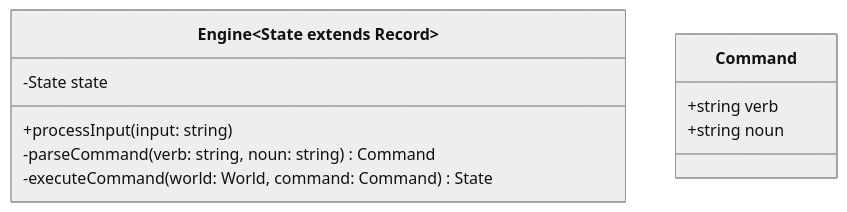
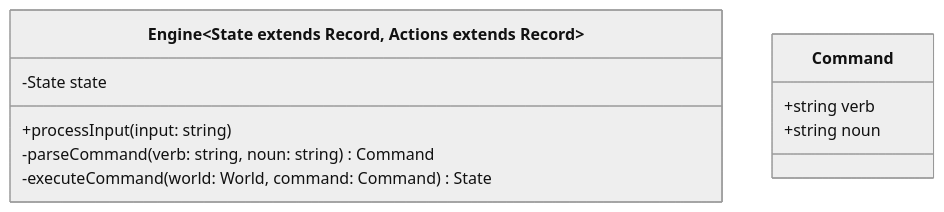
Before and after one commit to flipactual/text-adventure-experiment: the diagram in README.md, drawn with Mermaid (neutral theme).

````diff
--- a/README.md
+++ b/README.md
@@ -3,13 +3,13 @@
 ```mermaid
 classDiagram
-class Engine~State extends Record~ {
+class Engine~State extends Record, Actions extends Record~ {
   -State state
   +processInput(input: string)
   -parseCommand(verb: string, noun: string) Command
   -executeCommand(world: World, command: Command) State
 }
 class Command {
   +string verb
   +string noun
 }
 ```
````
